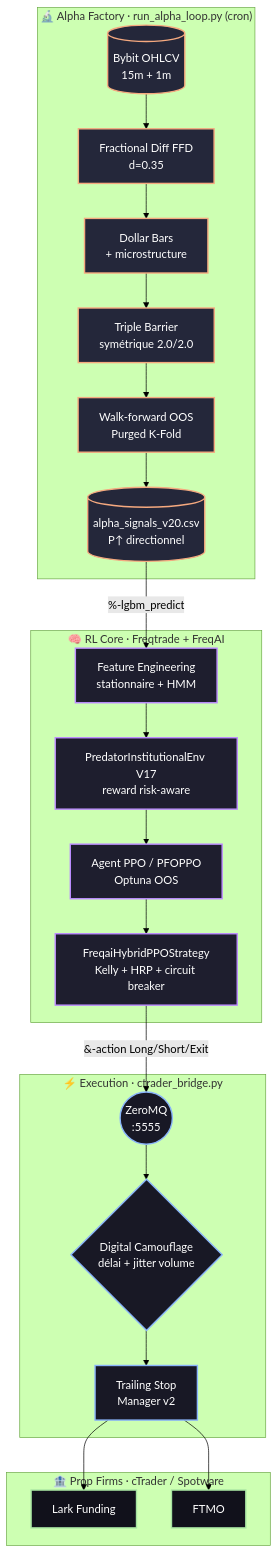
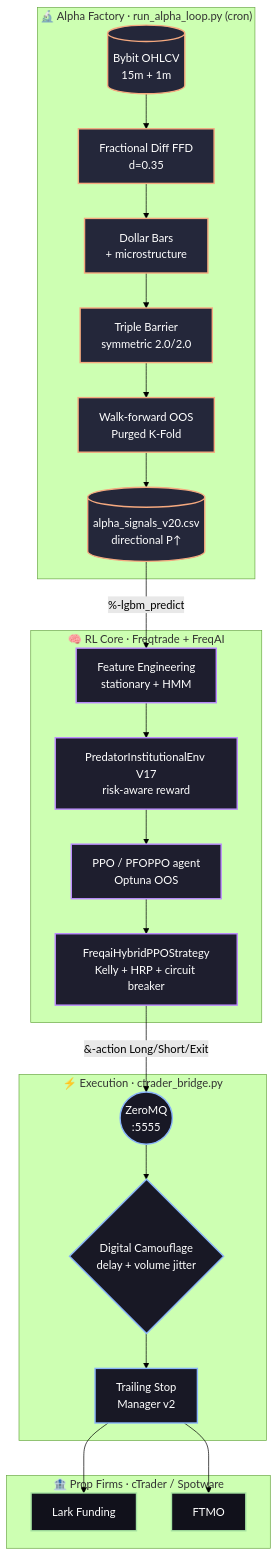
Before and after one commit to Kevzi/ApexQuant: the first of 2 diagrams in README.md, drawn with Mermaid (forest theme). The commit also changed other lines of this file, not shown here.

````diff
--- a/README.md
+++ b/README.md
@@ -49,46 +49,46 @@
 ```mermaid
 graph TD
     classDef alpha fill:#24273a,stroke:#f5a97f,stroke-width:2px,color:#fff
     classDef rl fill:#1e1e2e,stroke:#bc8cff,stroke-width:2px,color:#fff
     classDef exec fill:#181825,stroke:#89b4fa,stroke-width:2px,color:#fff
     classDef firm fill:#11111b,stroke:#a6e3a1,stroke-width:2px,color:#fff
 
     subgraph AF["🔬 Alpha Factory · run_alpha_loop.py (cron)"]
         DATA[(Bybit OHLCV<br/>15m + 1m)]
         FD[Fractional Diff FFD<br/>d=0.35]
         DB[Dollar Bars<br/>+ microstructure]
-        TBM[Triple Barrier<br/>symétrique 2.0/2.0]
+        TBM[Triple Barrier<br/>symmetric 2.0/2.0]
         WF[Walk-forward OOS<br/>Purged K-Fold]
-        CSV[(alpha_signals_v20.csv<br/>P↑ directionnel)]
+        CSV[(alpha_signals_v20.csv<br/>directional P↑)]
     end
 
     subgraph RL["🧠 RL Core · Freqtrade + FreqAI"]
-        FE[Feature Engineering<br/>stationnaire + HMM]
-        ENV[PredatorInstitutionalEnv V17<br/>reward risk-aware]
-        PPO[Agent PPO / PFOPPO<br/>Optuna OOS]
+        FE[Feature Engineering<br/>stationary + HMM]
+        ENV[PredatorInstitutionalEnv V17<br/>risk-aware reward]
+        PPO[PPO / PFOPPO agent<br/>Optuna OOS]
         STRAT[FreqaiHybridPPOStrategy<br/>Kelly + HRP + circuit breaker]
     end
 
     subgraph EX["⚡ Execution · ctrader_bridge.py"]
         ZMQ((ZeroMQ<br/>:5555))
-        CAM{Digital Camouflage<br/>délai + jitter volume}
+        CAM{Digital Camouflage<br/>delay + volume jitter}
         TSM[Trailing Stop<br/>Manager v2]
     end
 
     subgraph PF["🏦 Prop Firms · cTrader / Spotware"]
         LARK[Lark Funding]
         FTMO[FTMO]
     end
 
     DATA --> FD --> DB --> TBM --> WF --> CSV
     CSV -->|"%-lgbm_predict"| FE
     FE --> ENV --> PPO --> STRAT
     STRAT -->|"&-action Long/Short/Exit"| ZMQ
     ZMQ --> CAM --> TSM
     TSM --> LARK & FTMO
 
     class DATA,FD,DB,TBM,WF,CSV alpha
     class FE,ENV,PPO,STRAT rl
     class ZMQ,CAM,TSM exec
     class LARK,FTMO firm
 ```
````
